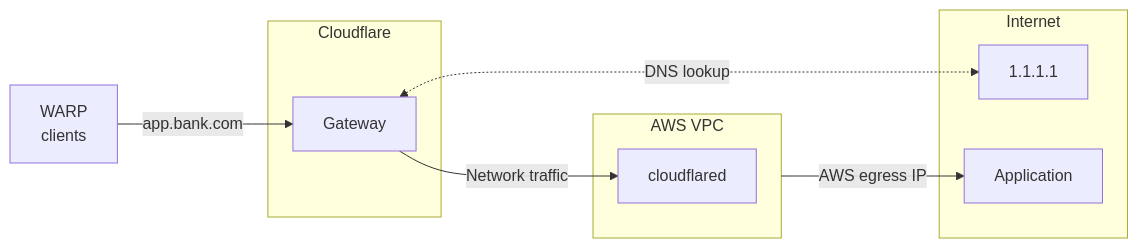
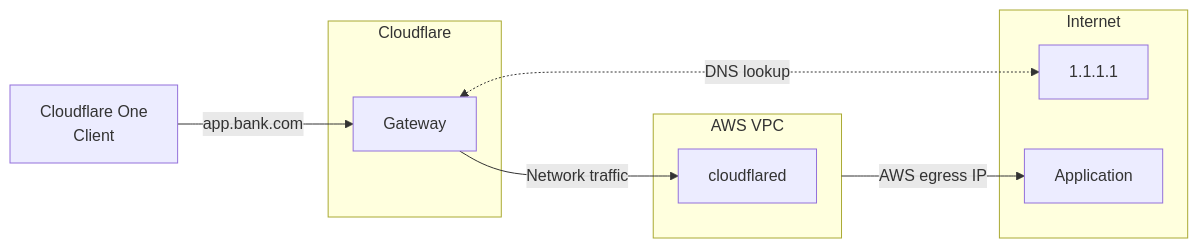
The diagram in src/content/docs/cloudflare-one/traffic-policies/egress-policies/egress-cloudflared.mdx (rdhanarot/cloudflare-docs), drawn with Mermaid before and after one commit. The commit also changed other lines of this file and 22 other files, not shown here.

First line of the commit message:
[ZT] WARP Client --> Cloudflare One Client image audit (#29104)

````diff
--- a/src/content/docs/cloudflare-one/traffic-policies/egress-policies/egress-cloudflared.mdx
+++ b/src/content/docs/cloudflare-one/traffic-policies/egress-policies/egress-cloudflared.mdx
@@ -21,17 +18,17 @@
 ```mermaid
     flowchart LR
       subgraph aws["AWS VPC"]
 				cloudflared["cloudflared"]
       end
 			subgraph cloudflare[Cloudflare]
 			  gateway["Gateway"]
 			end
 			subgraph internet[Internet]
 				resolver[1.1.1.1]
 				app[Application]
 			end
-      warp["WARP
-			  clients"]--"app.bank.com"-->gateway--"Network traffic"-->cloudflared
+      warp["Cloudflare One
+				Client"]--"app.bank.com"-->gateway--"Network traffic"-->cloudflared
 			gateway<-.DNS lookup.->resolver
 			aws--AWS egress IP -->app
 ```
````
